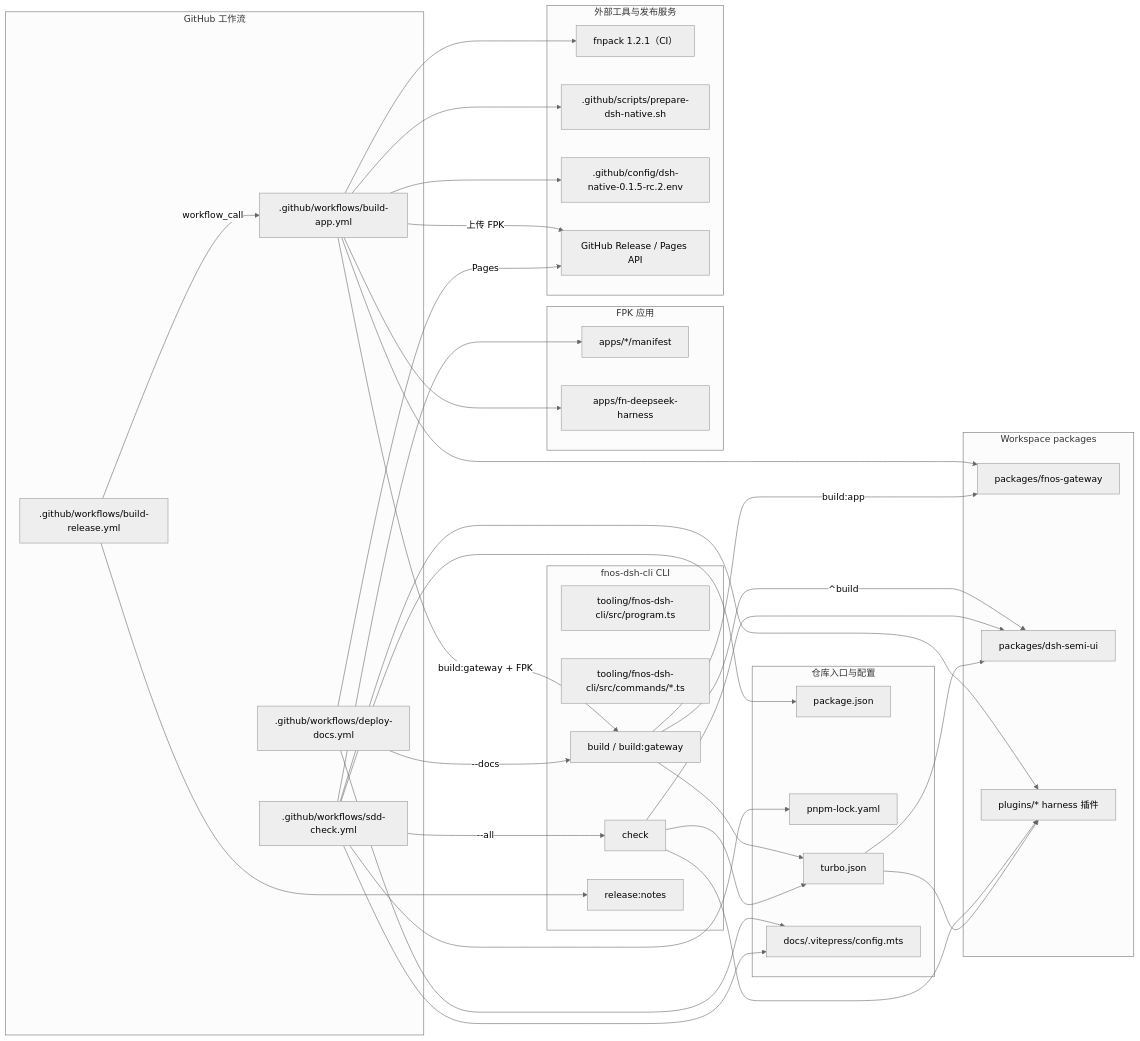
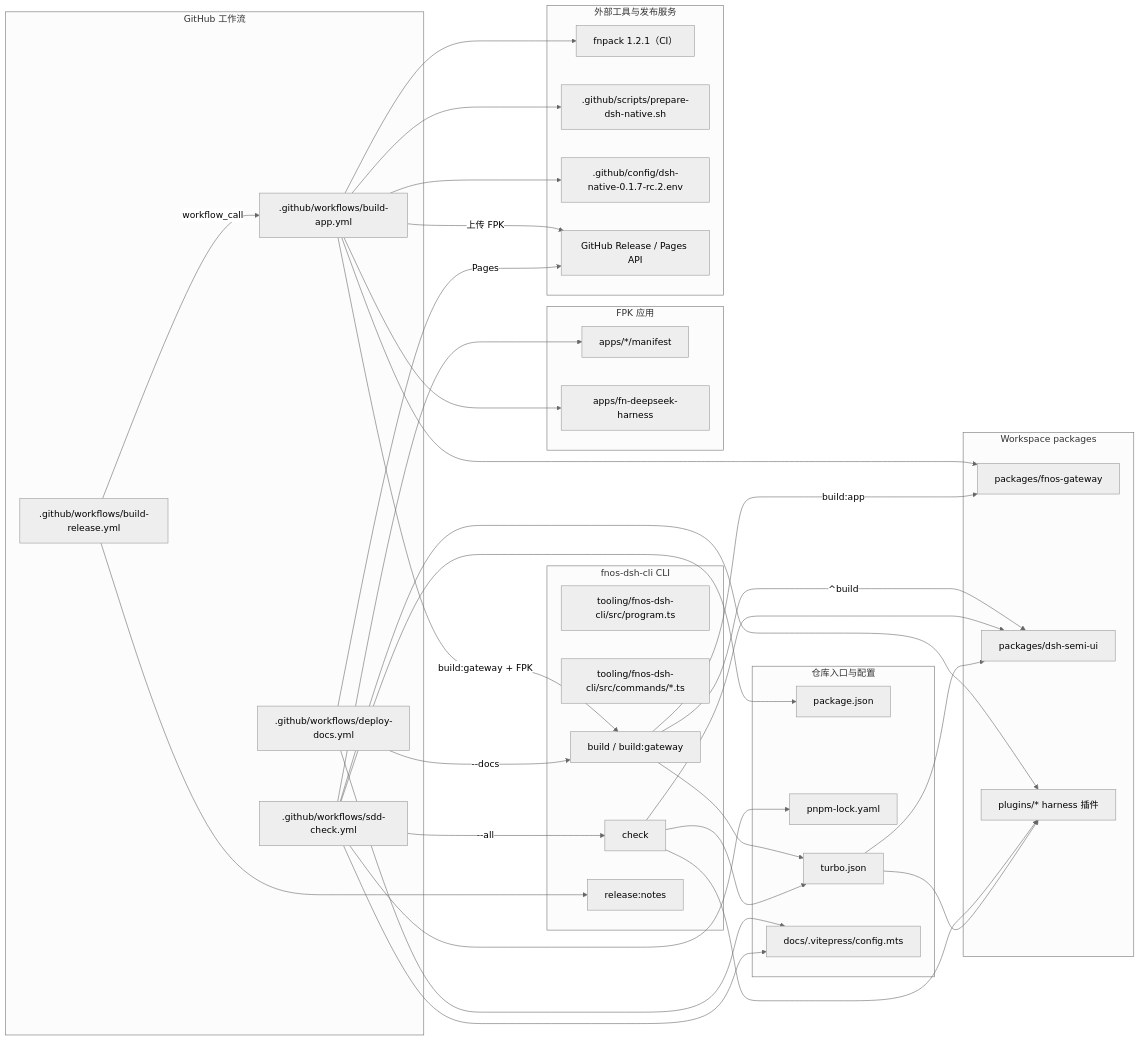
The fourth of 4 diagrams in docs/development/github-workflows.md (FNOSP/fnos-dsh), drawn with Mermaid (neutral theme) before and after one commit. The commit also changed other lines of this file and 56 other files, not shown here.

````diff
--- a/docs/development/github-workflows.md
+++ b/docs/development/github-workflows.md
@@ -126,70 +126,70 @@
 ```mermaid
 flowchart LR
   subgraph workflows["GitHub 工作流"]
     release[".github/workflows/build-release.yml"]
     dsh[".github/workflows/build-app.yml"]
     docs[".github/workflows/deploy-docs.yml"]
     sdd[".github/workflows/sdd-check.yml"]
   end
 
   subgraph repo["仓库入口与配置"]
     rootPackage["package.json"]
     lockfile["pnpm-lock.yaml"]
     turbo["turbo.json"]
     docsConfig["docs/.vitepress/config.mts"]
   end
 
   subgraph cli["fnos-dsh-cli CLI"]
     program["tooling/fnos-dsh-cli/src/program.ts"]
     commands["tooling/fnos-dsh-cli/src/commands/*.ts"]
     build["build / build:gateway"]
     check["check"]
     releaseNotes["release:notes"]
   end
 
   subgraph packages["Workspace packages"]
     gateway["packages/fnos-gateway"]
     sharedUi["packages/dsh-semi-ui"]
     harnessPlugins["plugins/* harness 插件"]
   end
 
   subgraph apps["FPK 应用"]
     manifests["apps/*/manifest"]
     harnessApp["apps/fn-deepseek-harness"]
   end
 
   subgraph tools["外部工具与发布服务"]
     fnpack["fnpack 1.2.1（CI）"]
     native[".github/scripts/prepare-dsh-native.sh"]
-    nativeConfig[".github/config/dsh-native-0.1.5-rc.2.env"]
+    nativeConfig[".github/config/dsh-native-0.1.7-rc.2.env"]
     github["GitHub Release / Pages API"]
   end
 
   release -->|workflow_call| dsh
   release --> releaseNotes
   dsh -->|build:gateway + FPK| build
   dsh --> gateway
   dsh --> native
   dsh --> nativeConfig
   dsh --> harnessApp
   dsh --> fnpack
   dsh -->|上传 FPK| github
   docs -->|--docs| build
   docs --> docsConfig
   docs -->|Pages| github
   sdd -->|--all| check
   sdd --> docsConfig
   sdd --> rootPackage
   sdd --> lockfile
   sdd --> harnessPlugins
   sdd --> manifests
 
   build --> turbo
   build -->|^build| sharedUi
   build -->|build:app| gateway
   check --> turbo
   check --> sharedUi
   check --> harnessPlugins
   turbo --> sharedUi
   turbo --> harnessPlugins
 ```
````
